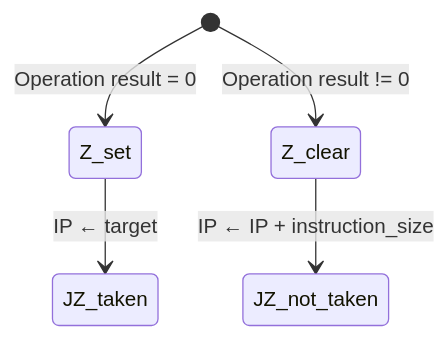
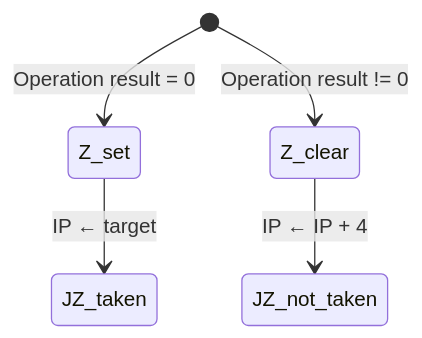
One commit to MinecAnton209/NovumOS-16bit changed the fourth of 9 diagrams in docs/en/isa/instruction-set.md. Above: the diagram before and after it, drawn with Mermaid. The commit also changed other lines of this file and 20 other files, not shown here.

````diff
--- a/docs/en/isa/instruction-set.md
+++ b/docs/en/isa/instruction-set.md
@@ -465,7 +606,7 @@
 ```mermaid
 stateDiagram-v2
     [*] --> Z_set: Operation result = 0
     [*] --> Z_clear: Operation result != 0
     Z_set --> JZ_taken: IP ← target
-    Z_clear --> JZ_not_taken: IP ← IP + instruction_size
+    Z_clear --> JZ_not_taken: IP ← IP + 4
 ```
````
